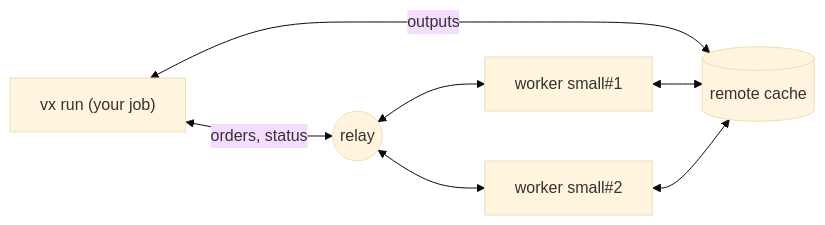
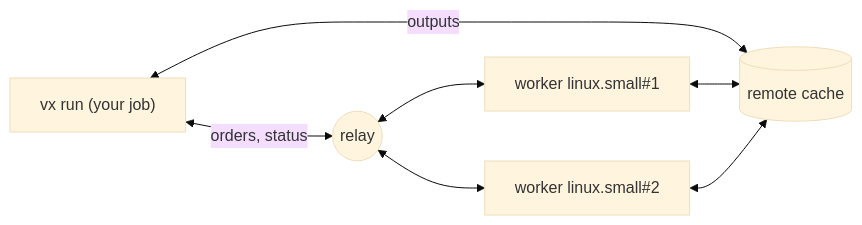
The diagram in private/vx-docs/src/content/docs/docs/distributed-task-execution.mdx (vznjs/vx), drawn with Mermaid (base theme) before and after one commit. The commit also changed other lines of this file and 50 other files, not shown here.

````diff
--- a/private/vx-docs/src/content/docs/docs/distributed-task-execution.mdx
+++ b/private/vx-docs/src/content/docs/docs/distributed-task-execution.mdx
@@ -21,9 +21,9 @@
 ```mermaid
 flowchart LR
   R["vx run (your job)"] <-->|orders, status| Relay((relay))
-  Relay <--> W1["worker small#1"]
-  Relay <--> W2["worker small#2"]
+  Relay <--> W1["worker linux.small#1"]
+  Relay <--> W2["worker linux.small#2"]
   R <-->|outputs| C[(remote cache)]
   W1 <--> C
   W2 <--> C
 ```
````
